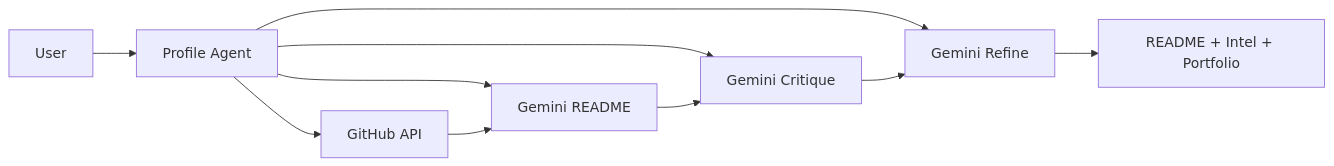
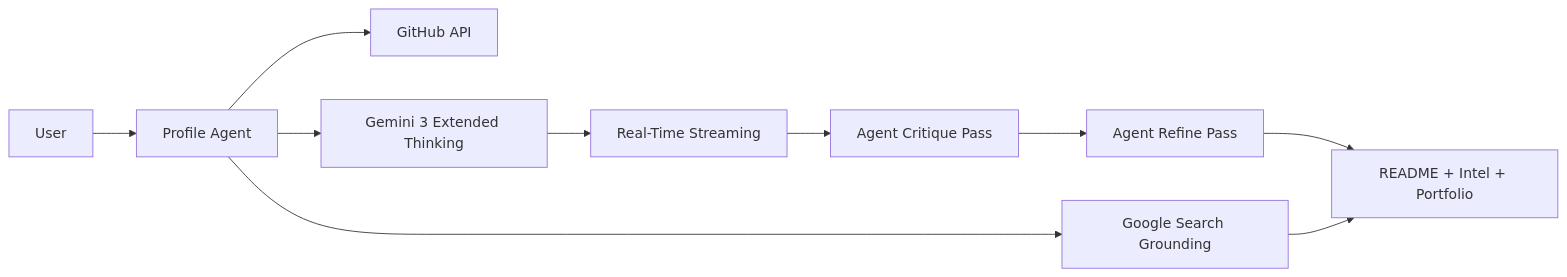
The diagram in README.md (asamassekou10/GitSkins), drawn with Mermaid before and after one commit. The commit also changed other lines of this file and 17 other files, not shown here.

First line of the commit message:
Gemini 3 SDK migration, Live README Agent, social sharing, landing page refresh

````diff
--- a/README.md
+++ b/README.md
@@ -64,12 +76,12 @@
 ```mermaid
 flowchart LR
   User[User] --> Agent[Profile Agent]
   Agent --> GitHub[GitHub API]
-  Agent --> GeminiReadme[Gemini README]
-  Agent --> GeminiCritique[Gemini Critique]
-  Agent --> GeminiRefine[Gemini Refine]
-  GitHub --> GeminiReadme
-  GeminiReadme --> GeminiCritique
-  GeminiCritique --> GeminiRefine
-  GeminiRefine --> Output[README + Intel + Portfolio]
+  Agent --> Think[Gemini 3 Extended Thinking]
+  Think --> Stream[Real-Time Streaming]
+  Stream --> Critique[Agent Critique Pass]
+  Critique --> Refine[Agent Refine Pass]
+  Refine --> Output[README + Intel + Portfolio]
+  Agent --> Ground[Google Search Grounding]
+  Ground --> Output
 ```
````
